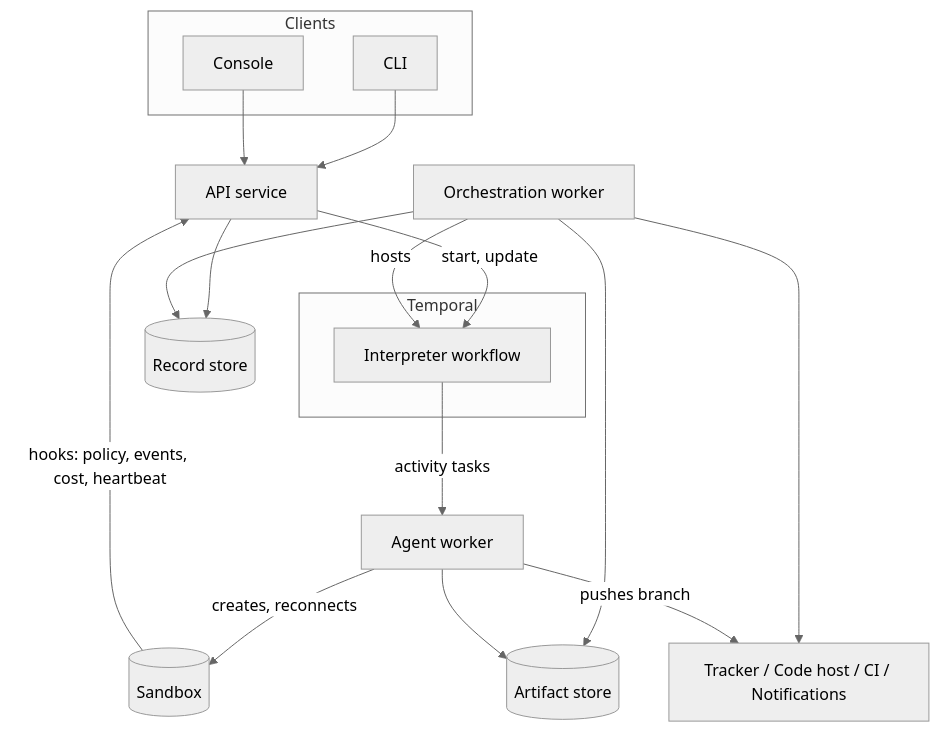
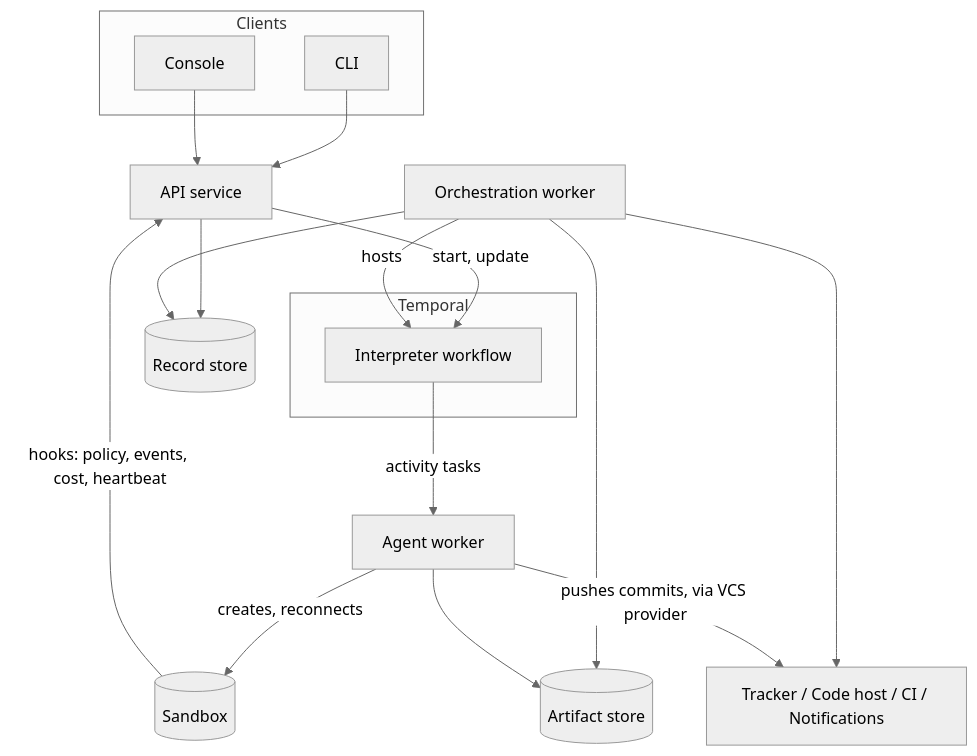
Before and after one commit to ai-feature-flow/feature-flow-poc: the first of 2 diagrams in docs/01-architecture-first-pass.md, drawn with Mermaid (neutral theme). The commit also changed other lines of this file, not shown here.

````diff
--- a/docs/01-architecture-first-pass.md
+++ b/docs/01-architecture-first-pass.md
@@ -74,31 +76,31 @@
 ```mermaid
 graph TB
     subgraph Clients
       CLI[CLI]
       CON[Console]
     end
     API[API service]
     subgraph Temporal
       WF[Interpreter workflow]
     end
     OW[Orchestration worker]
     AW[Agent worker]
     SB[(Sandbox)]
     AS[(Artifact store)]
     RS[(Record store)]
     EXT[Tracker / Code host / CI / Notifications]
 
     CLI --> API
     CON --> API
     API -->|start, update| WF
     API --> RS
     OW -->|hosts| WF
     OW --> AS
     OW --> RS
     OW --> EXT
     WF -->|activity tasks| AW
     AW -->|creates, reconnects| SB
-    AW -->|pushes branch| EXT
+    AW -->|pushes commits, via VCS provider| EXT
     AW --> AS
     SB -->|hooks: policy, events, cost, heartbeat| API
 ```
````
